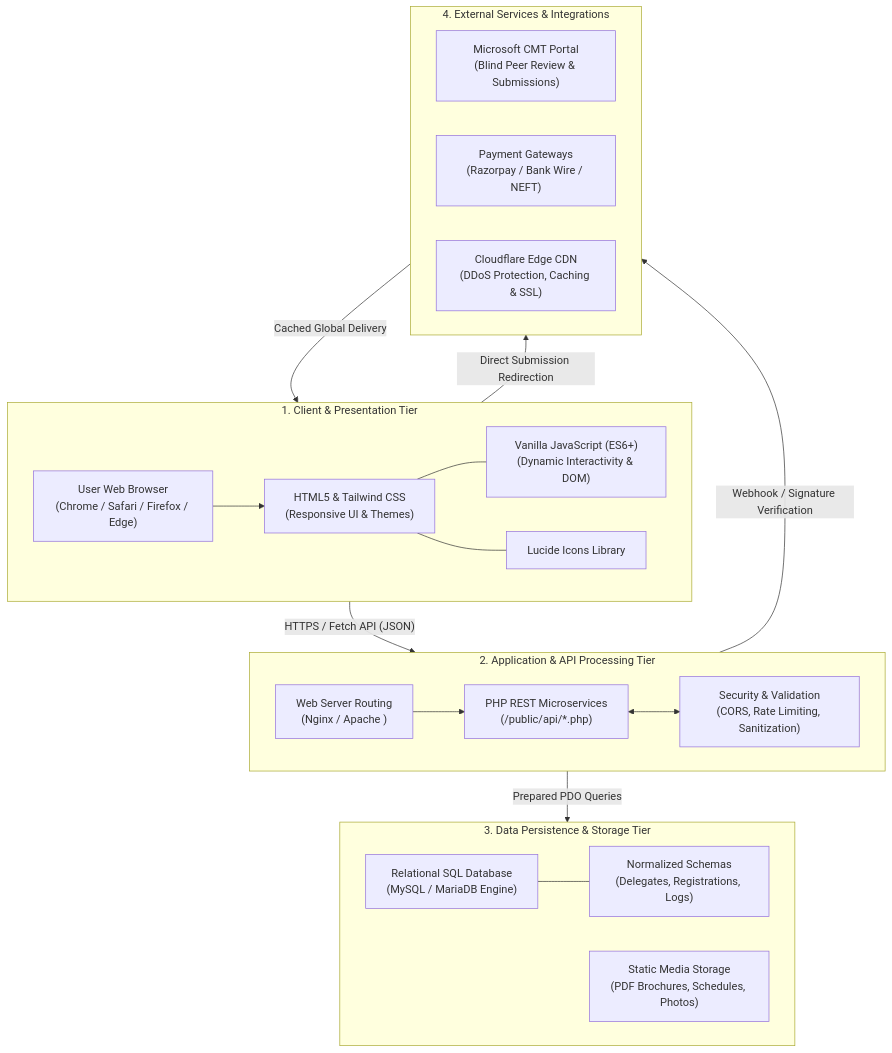
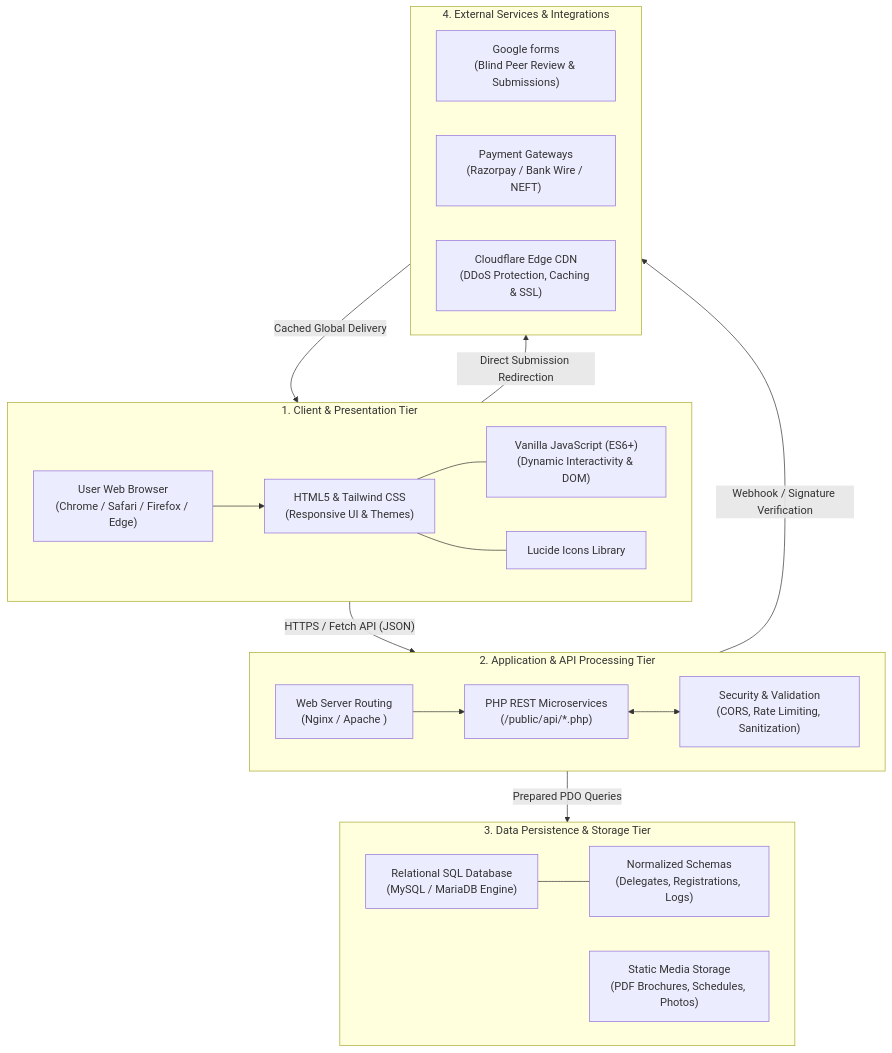
The diagram in README.md (Rlabzteam/Dyuti27), drawn with Mermaid before and after one commit.

Commit message:
Update Microsoft CMT Portal to Google Forms

````diff
--- a/README.md
+++ b/README.md
@@ -66,44 +66,44 @@
 ```mermaid
 flowchart TB
     subgraph T1["1. Client & Presentation Tier"]
         direction LR
         Browser["User Web Browser\n(Chrome / Safari / Firefox / Edge)"]
         UI["HTML5 & Tailwind CSS\n(Responsive UI & Themes)"]
         JS["Vanilla JavaScript (ES6+)\n(Dynamic Interactivity & DOM)"]
         Icons["Lucide Icons Library"]
         Browser --> UI
         UI --- JS
         UI --- Icons
     end
 
     subgraph T2["2. Application & API Processing Tier"]
         direction LR
         WebServer["Web Server Routing\n(Nginx / Apache )"]
         PHP["PHP REST Microservices\n(/public/api/*.php)"]
         Security["Security & Validation\n(CORS, Rate Limiting, Sanitization)"]
         WebServer --> PHP
         PHP <--> Security
     end
 
     subgraph T3["3. Data Persistence & Storage Tier"]
         direction LR
         SQL["Relational SQL Database\n(MySQL / MariaDB Engine)"]
         Schemas["Normalized Schemas\n(Delegates, Registrations, Logs)"]
         Assets["Static Media Storage\n(PDF Brochures, Schedules, Photos)"]
         SQL --- Schemas
     end
 
     subgraph T4["4. External Services & Integrations"]
         direction LR
-        MSCMT["Microsoft CMT Portal\n(Blind Peer Review & Submissions)"]
+        MSCMT["Google forms\n(Blind Peer Review & Submissions)"]
         Payment["Payment Gateways\n(Razorpay / Bank Wire / NEFT)"]
         CDN["Cloudflare Edge CDN\n(DDoS Protection, Caching & SSL)"]
     end
 
     %% Cross-Tier Data Flow
     T1 -- "HTTPS / Fetch API (JSON)" --> T2
     T2 -- "Prepared PDO Queries" --> T3
     T1 -- "Direct Submission Redirection" --> MSCMT
     T2 -- "Webhook / Signature Verification" --> Payment
     CDN -- "Cached Global Delivery" --> T1
 ```
````
